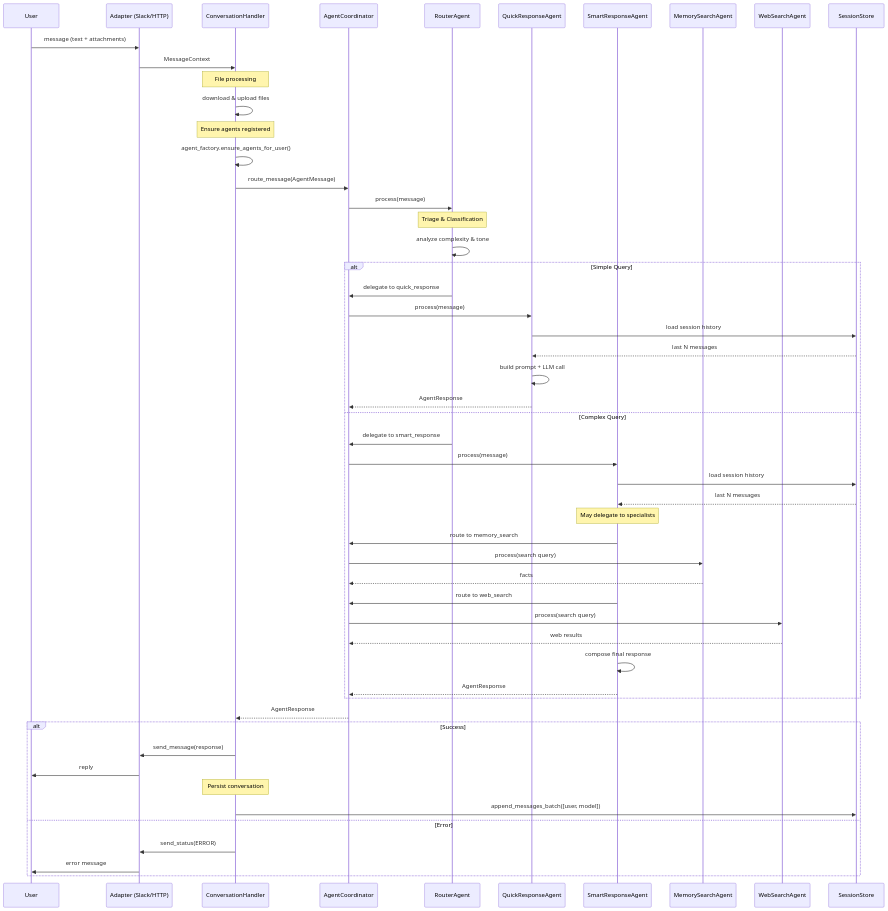
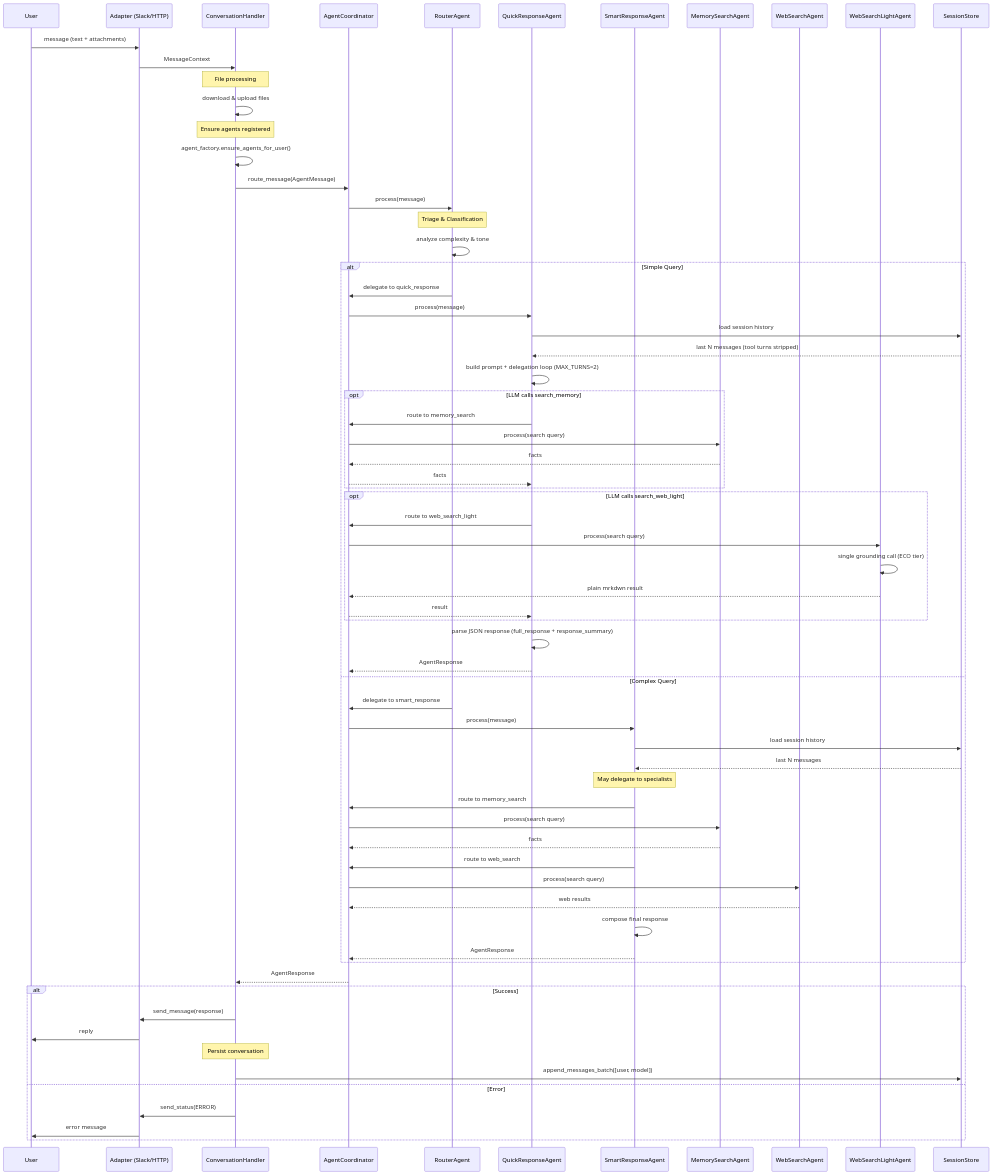
The first of 2 diagrams in docs/06_runtime/README.md (ddmd72/alekbot-core), drawn with Mermaid before and after one commit. The commit also changed other lines of this file and 15 other files, not shown here.

First line of the commit message:
feat: QuickAgent delegation loop + WebSearchLightAgent (ECO tier)

```diff
--- a/docs/06_runtime/README.md
+++ b/docs/06_runtime/README.md
@@ -55,6 +55,7 @@
     participant S as SmartResponseAgent
     participant M as MemorySearchAgent
     participant W as WebSearchAgent
+    participant WSL as WebSearchLightAgent
     participant SS as SessionStore
 
     U->>A: message (text + attachments)
@@ -76,8 +77,25 @@
         R->>C: delegate to quick_response
         C->>Q: process(message)
         Q->>SS: load session history
-        SS-->>Q: last N messages
-        Q->>Q: build prompt + LLM call
+        SS-->>Q: last N messages (tool turns stripped)
+        Q->>Q: build prompt + delegation loop (MAX_TURNS=2)
+
+        opt LLM calls search_memory
+            Q->>C: route to memory_search
+            C->>M: process(search query)
+            M-->>C: facts
+            C-->>Q: facts
+        end
+
+        opt LLM calls search_web_light
+            Q->>C: route to web_search_light
+            C->>WSL: process(search query)
+            WSL->>WSL: single grounding call (ECO tier)
+            WSL-->>C: plain mrkdwn result
+            C-->>Q: result
+        end
+
+        Q->>Q: parse JSON response (full_response + response_summary)
         Q-->>C: AgentResponse
     else Complex Query
         R->>C: delegate to smart_response
```
